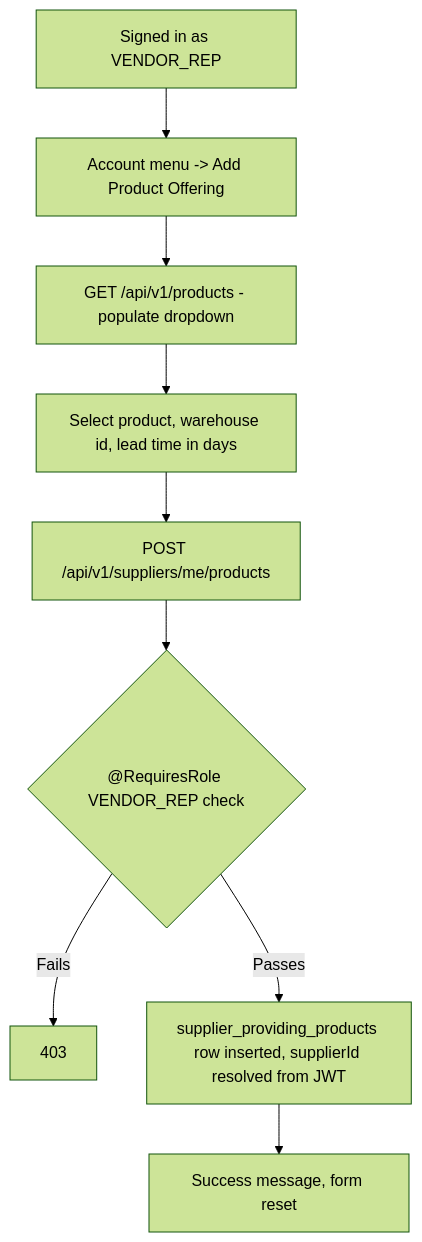
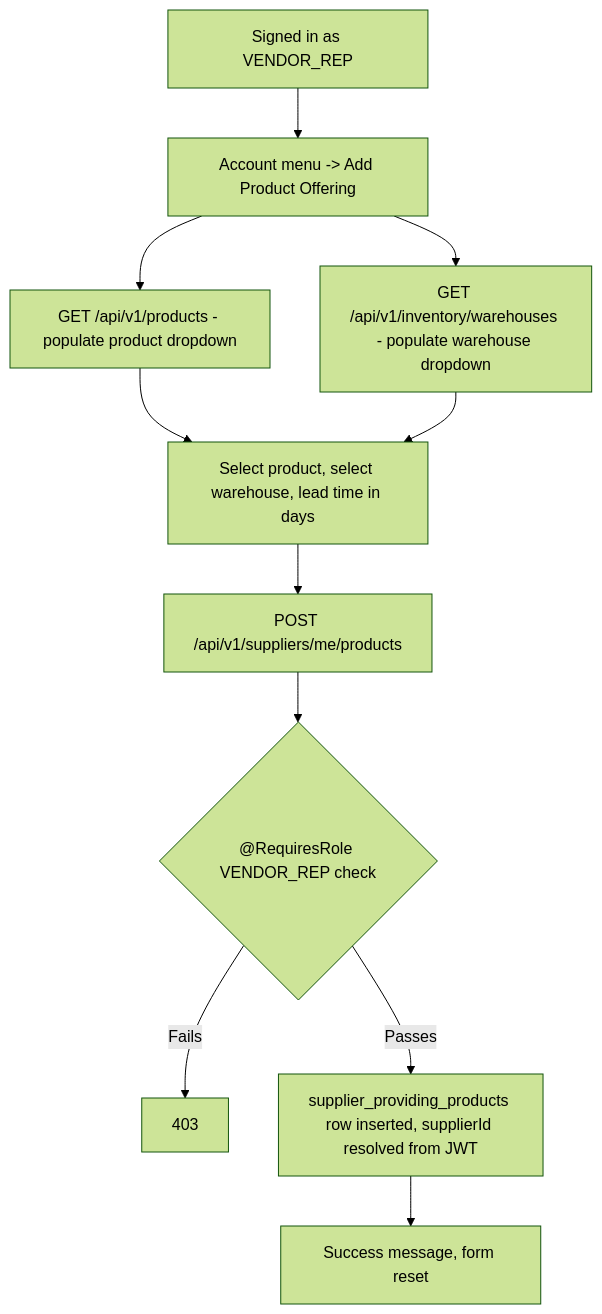
The eighth of 26 diagrams in .no-build/docs/E2E_FLOWS.md (wishva-kalhara/GlobalTradeLogistics), drawn with Mermaid (forest theme) before and after one commit. The commit also changed other lines of this file and 5 other files, not shown here.

````diff
--- a/.no-build/docs/E2E_FLOWS.md
+++ b/.no-build/docs/E2E_FLOWS.md
@@ -116,11 +119,13 @@
 ```mermaid
 flowchart TD
     A[Signed in as VENDOR_REP] --> B[Account menu -> Add Product Offering]
-    B --> C[GET /api/v1/products - populate dropdown]
-    C --> D[Select product, warehouse id, lead time in days]
+    B --> C[GET /api/v1/products - populate product dropdown]
+    B --> C2[GET /api/v1/inventory/warehouses - populate warehouse dropdown]
+    C --> D[Select product, select warehouse, lead time in days]
+    C2 --> D
     D --> E[POST /api/v1/suppliers/me/products]
     E --> F{"@RequiresRole VENDOR_REP check"}
     F -- Fails --> G[403]
     F -- Passes --> H[supplier_providing_products row inserted, supplierId resolved from JWT]
     H --> I[Success message, form reset]
 ```
````
